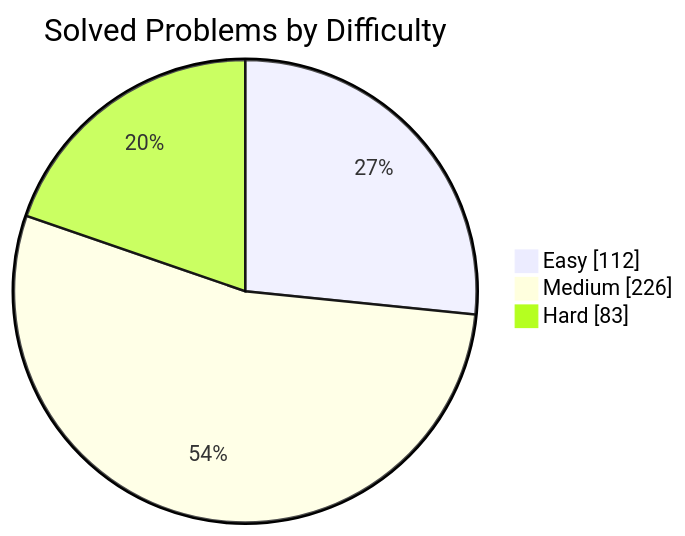
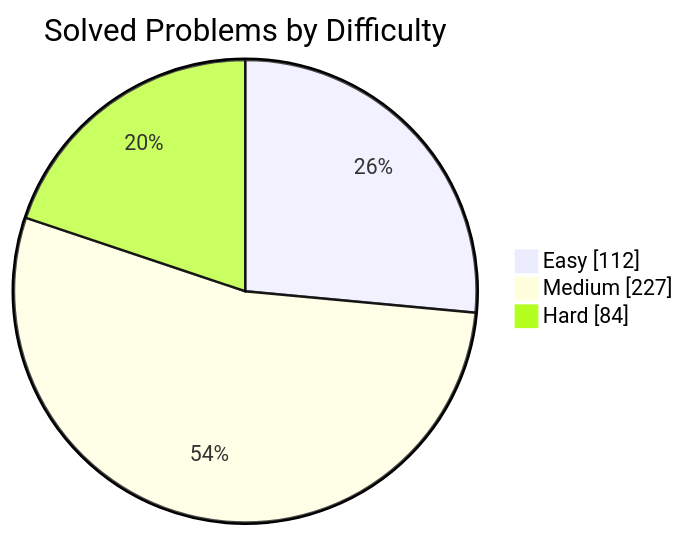
One commit to manikantbindass/DSA-Preparation-FAANG changed the first of 2 diagrams in README.md. Above: the diagram before and after it, drawn with Mermaid. The commit also changed other lines of this file and 1 other file, not shown here.

````diff
--- a/README.md
+++ b/README.md
@@ -77,7 +77,7 @@
 ```mermaid
 pie showData
     title Solved Problems by Difficulty
     "Easy" : 112
-    "Medium" : 226
-    "Hard" : 83
+    "Medium" : 227
+    "Hard" : 84
 ```
````
